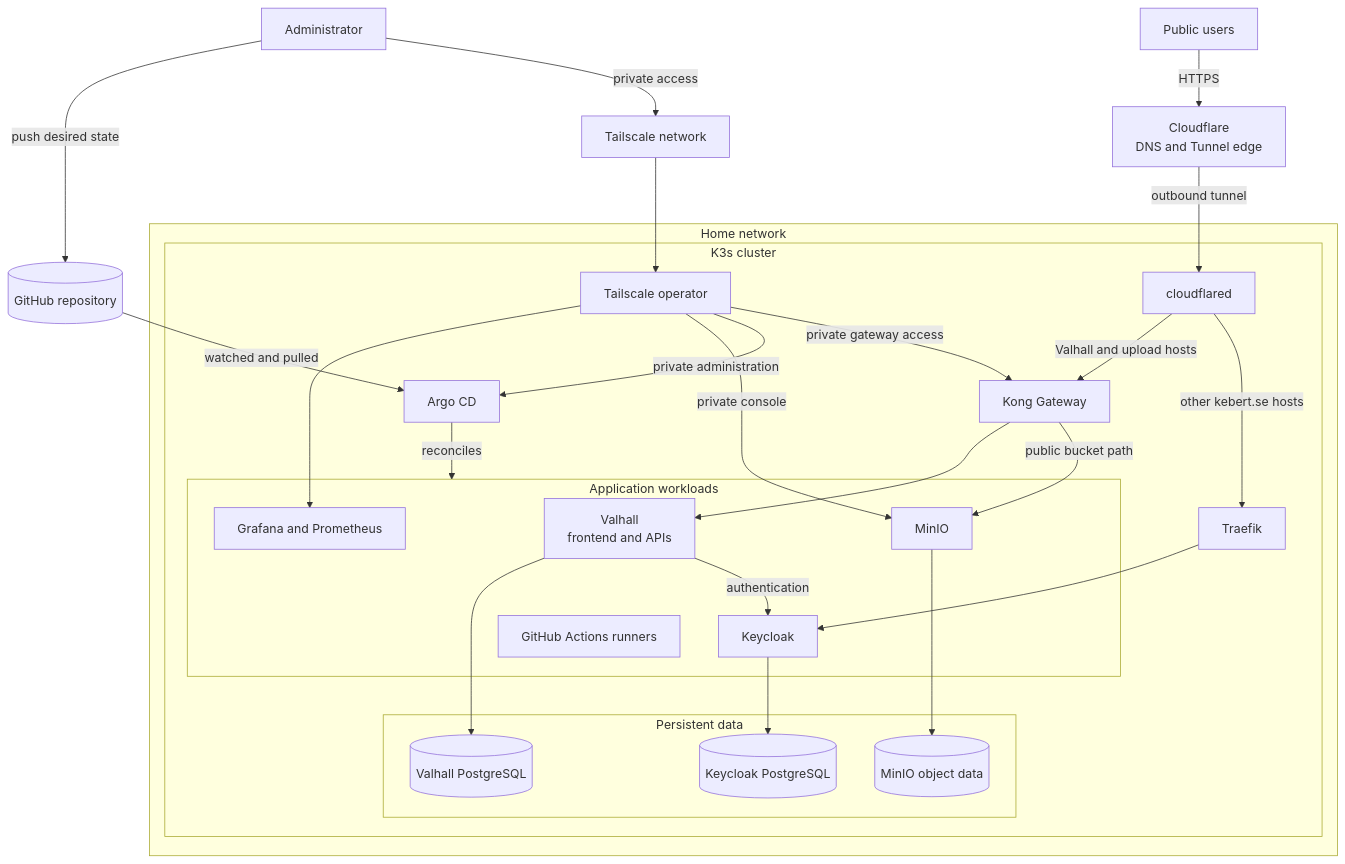
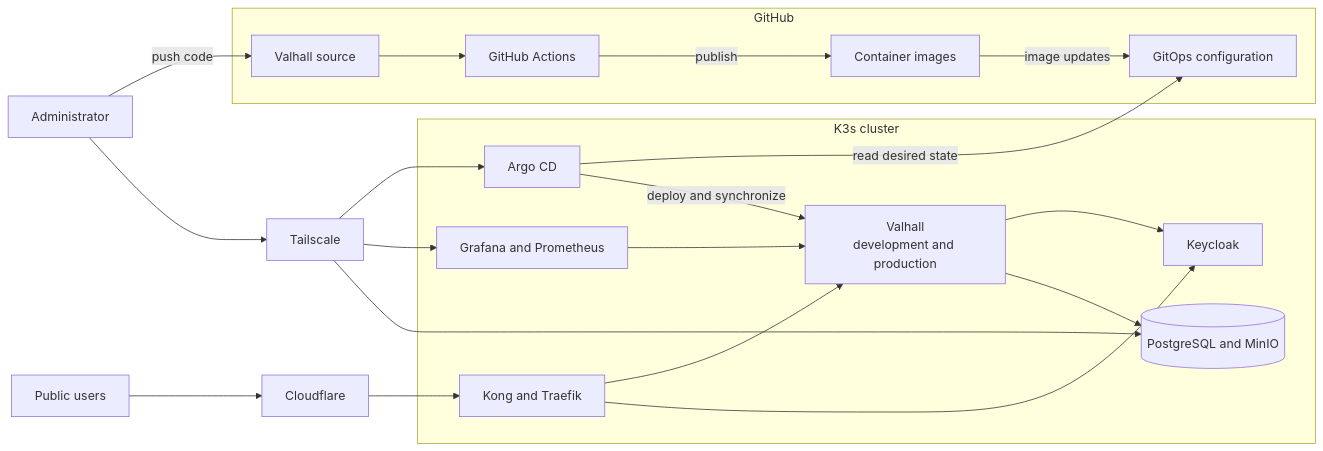
One commit to Kebertr/homeserver-gitops changed the first of 2 diagrams in docs/architecture.md. Above: the diagram before and after it, drawn with Mermaid. The commit also changed other lines of this file, not shown here.

Commit message:
Added some architecture parts. Good with diagram like gitops, system overview, cluster architecture

````diff
--- a/docs/architecture.md
+++ b/docs/architecture.md
@@ -14,56 +6,46 @@
 ```mermaid
-flowchart TB
+flowchart LR
     admin[Administrator]
-    public[Public users]
-    github[(GitHub repository)]
-    cloudflare[Cloudflare<br/>DNS and Tunnel edge]
-    tailnet[Tailscale network]
+    users[Public users]
 
-    subgraph home[Home network]
-        subgraph cluster[K3s cluster]
-            argocd[Argo CD]
-            cloudflared[cloudflared]
-            tailscale[Tailscale operator]
-            kong[Kong Gateway]
-            traefik[Traefik]
-
-            subgraph workloads[Application workloads]
-                valhall[Valhall<br/>frontend and APIs]
-                keycloak[Keycloak]
-                minio[MinIO]
-                monitoring[Grafana and Prometheus]
-                runners[GitHub Actions runners]
-            end
-
-            subgraph data[Persistent data]
-                appdb[(Valhall PostgreSQL)]
-                authdb[(Keycloak PostgreSQL)]
-                objectdata[(MinIO object data)]
-            end
-        end
+    subgraph github[GitHub]
+        source[Valhall source]
+        actions[GitHub Actions]
+        registry[Container images]
+        gitops[GitOps configuration]
     end
 
-    admin -->|push desired state| github
-    github -->|watched and pulled| argocd
-    argocd -->|reconciles| workloads
+    cloudflare[Cloudflare]
+    tailscale[Tailscale]
 
-    public -->|HTTPS| cloudflare
-    cloudflare -->|outbound tunnel| cloudflared
-    cloudflared -->|Valhall and upload hosts| kong
-    cloudflared -->|other kebert.se hosts| traefik
-    kong --> valhall
-    kong -->|public bucket path| minio
-    traefik --> keycloak
+    subgraph cluster[K3s cluster]
+        argocd[Argo CD]
+        networking[Kong and Traefik]
+        valhall[Valhall<br/>development and production]
+        keycloak[Keycloak]
+        monitoring[Grafana and Prometheus]
+        storage[(PostgreSQL and MinIO)]
+    end
 
-    admin -->|private access| tailnet
-    tailnet --> tailscale
+    admin -->|push code| source
+    source --> actions
+    actions -->|publish| registry
+
+    registry -->|image updates| gitops
+    argocd -->|read desired state| gitops
+    argocd -->|deploy and synchronize| valhall
+
+    users --> cloudflare
+    cloudflare --> networking
+    networking --> valhall
+    networking --> keycloak
+
+    admin --> tailscale
+    tailscale --> argocd
     tailscale --> monitoring
-    tailscale -->|private console| minio
-    tailscale -->|private administration| argocd
-    tailscale -->|private gateway access| kong
+    tailscale --> storage
 
-    valhall --> appdb
-    valhall -->|authentication| keycloak
-    keycloak --> authdb
-    minio --> objectdata
+    valhall --> keycloak
+    valhall --> storage
+    monitoring --> valhall
 ```
````
